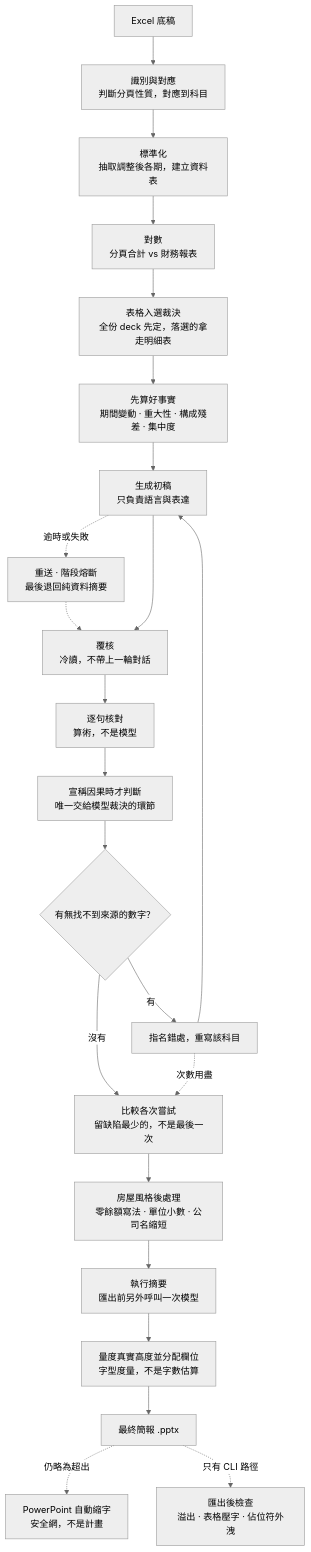
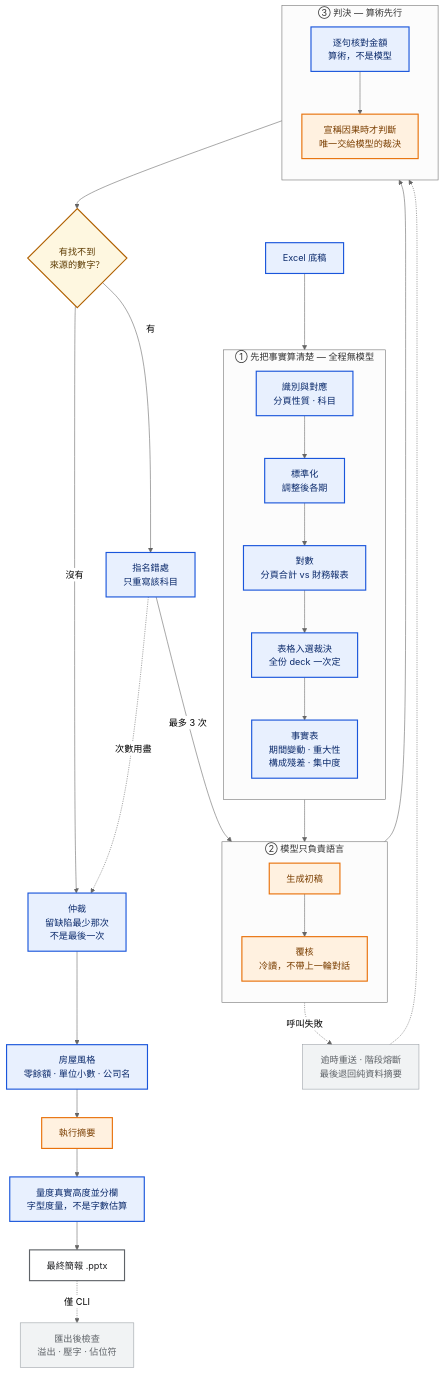
Before and after one commit to yutsang/python-pptx: the diagram in README.md, drawn with Mermaid (neutral theme). The commit also changed other lines of this file, not shown here.

Commit message:
Redraw the pipeline diagram so it reads as a slide
The README diagram is presented to people, not only read in a repo, so it now
says its main point visually instead of in the caption: three numbered bands for
the three things that happen, and colour carrying one meaning -- blue is computed,
orange is the model. Four orange blocks out of nineteen, three of them merely
writing prose, and every amount, verdict, retry and layout decision blue. The
same content as before, minus the PowerPoint auto-shrink node, which described a
safety net rather than a step.

````diff
--- a/README.md
+++ b/README.md
@@ -27,27 +27,64 @@
 ```mermaid
 flowchart TD
-    XL[Excel 底稿] --> RES[識別與對應<br/>判斷分頁性質，對應到科目]
-    RES --> NORM[標準化<br/>抽取調整後各期，建立資料表]
-    NORM --> REC[對數<br/>分頁合計 vs 財務報表]
-    REC --> SUB[表格入選裁決<br/>全份 deck 先定，落選的拿走明細表]
-    SUB --> FACT[先算好事實<br/>期間變動 · 重大性 · 構成殘差 · 集中度]
+    classDef det fill:#E8F0FE,stroke:#1A56DB,stroke-width:2px,color:#0B2A6B
+    classDef llm fill:#FFF1E0,stroke:#E8710A,stroke-width:2px,color:#7A3E00
+    classDef edge fill:#FFFFFF,stroke:#5F6368,stroke-width:2px,color:#202124
+    classDef weak fill:#F1F3F4,stroke:#9AA0A6,stroke-width:1px,color:#5F6368
+    classDef gate fill:#FEF7E0,stroke:#B06000,stroke-width:2px,color:#5C3A00
 
-    FACT --> GEN[生成初稿<br/>只負責語言與表達]
-    GEN -.->|逾時或失敗| HAR[重送 · 階段熔斷<br/>最後退回純資料摘要]
-    HAR -.-> AUD
-    GEN --> AUD[覆核<br/>冷讀，不帶上一輪對話]
-    AUD --> CHK[逐句核對<br/>算術，不是模型]
-    CHK --> VAL[宣稱因果時才判斷<br/>唯一交給模型裁決的環節]
-    VAL --> GATE{有無找不到來源的數字？}
-    GATE -->|有| RE[指名錯處，重寫該科目]
-    RE --> GEN
-    GATE -->|沒有| ARB[比較各次嘗試<br/>留缺陷最少的，不是最後一次]
-    RE -.->|次數用盡| ARB
+    XL["Excel 底稿"]
+    OUT["最終簡報 .pptx"]
 
-    ARB --> HS[房屋風格後處理<br/>零餘額寫法 · 單位小數 · 公司名縮短]
-    HS --> SUM[執行摘要<br/>匯出前另外呼叫一次模型]
-    SUM --> PACK[量度真實高度並分配欄位<br/>字型度量，不是字數估算]
-    PACK --> OUT[最終簡報 .pptx]
-    OUT -.->|仍略為超出| AF[PowerPoint 自動縮字<br/>安全網，不是計畫]
-    OUT -.->|只有 CLI 路徑| QA[匯出後檢查<br/>溢出 · 表格壓字 · 佔位符外洩]
+    subgraph S1["① 先把事實算清楚 — 全程無模型"]
+        direction TB
+        RES["識別與對應<br/>分頁性質 · 科目"]
+        NORM["標準化<br/>調整後各期"]
+        REC["對數<br/>分頁合計 vs 財務報表"]
+        SUB["表格入選裁決<br/>全份 deck 一次定"]
+        FACT["事實表<br/>期間變動 · 重大性<br/>構成殘差 · 集中度"]
+        RES --> NORM --> REC --> SUB --> FACT
+    end
+
+    subgraph S2["② 模型只負責語言"]
+        direction TB
+        GEN["生成初稿"]
+        AUD["覆核<br/>冷讀，不帶上一輪對話"]
+        GEN --> AUD
+    end
+
+    subgraph S3["③ 判決 — 算術先行"]
+        direction TB
+        CHK["逐句核對金額<br/>算術，不是模型"]
+        VAL["宣稱因果時才判斷<br/>唯一交給模型的裁決"]
+        CHK --> VAL
+    end
+
+    GATE{"有找不到<br/>來源的數字？"}
+    RE["指名錯處<br/>只重寫該科目"]
+    ARB["仲裁<br/>留缺陷最少那次<br/>不是最後一次"]
+    HS["房屋風格<br/>零餘額 · 單位小數 · 公司名"]
+    SUM["執行摘要"]
+    PACK["量度真實高度並分欄<br/>字型度量，不是字數估算"]
+    HAR["逾時重送 · 階段熔斷<br/>最後退回純資料摘要"]
+    QA["匯出後檢查<br/>溢出 · 壓字 · 佔位符"]
+
+    XL --> RES
+    FACT --> GEN
+    AUD --> CHK
+    VAL --> GATE
+    GATE -->|"有"| RE
+    RE -->|"最多 3 次"| GEN
+    GATE -->|"沒有"| ARB
+    RE -.->|"次數用盡"| ARB
+    ARB --> HS --> SUM --> PACK --> OUT
+
+    GEN -.->|"呼叫失敗"| HAR
+    HAR -.-> CHK
+    OUT -.->|"僅 CLI"| QA
+
+    class XL,RES,NORM,REC,SUB,FACT,CHK,RE,ARB,HS,PACK det
+    class GEN,AUD,VAL,SUM llm
+    class GATE gate
+    class HAR,QA weak
+    class OUT edge
 ```
````
